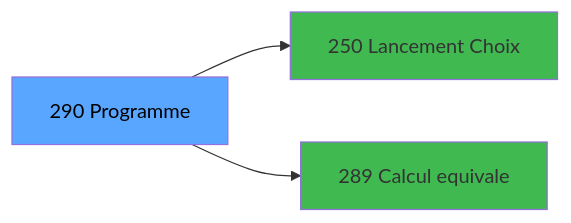
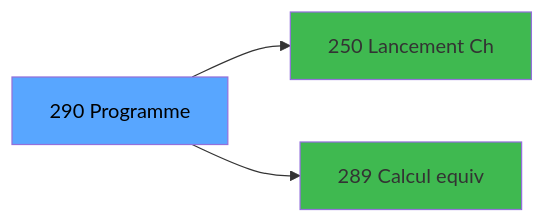
One commit to thonyAGP/magic-migration changed the third of 3 diagrams in .openspec/specs/ADH-IDE-290.md. Above: the diagram before and after it, drawn with Mermaid. The commit also changed other lines of this file and 323 other files, not shown here.

````diff
--- a/.openspec/specs/ADH-IDE-290.md
+++ b/.openspec/specs/ADH-IDE-290.md
@@ -122,11 +148,11 @@
 ```mermaid
 graph LR
     T[290 Programme]
-    C250[250 Lancement Choix]
+    C250[250 Lancement Ch]
     T --> C250
-    C289[289 Calcul equivale]
+    C289[289 Calcul equiv]
     T --> C289
     style T fill:#58a6ff,color:#000
     style C250 fill:#3fb950
     style C289 fill:#3fb950
 ```
````
